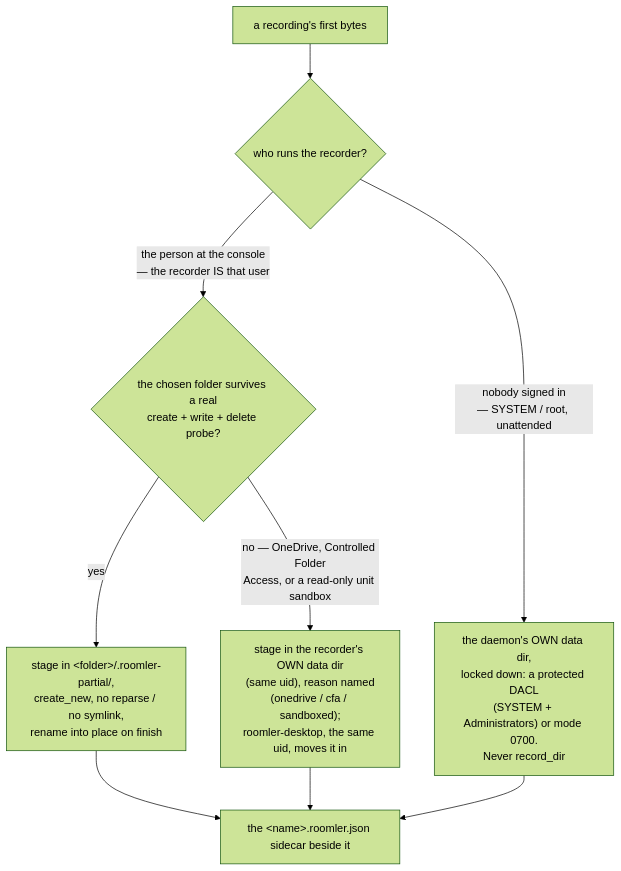
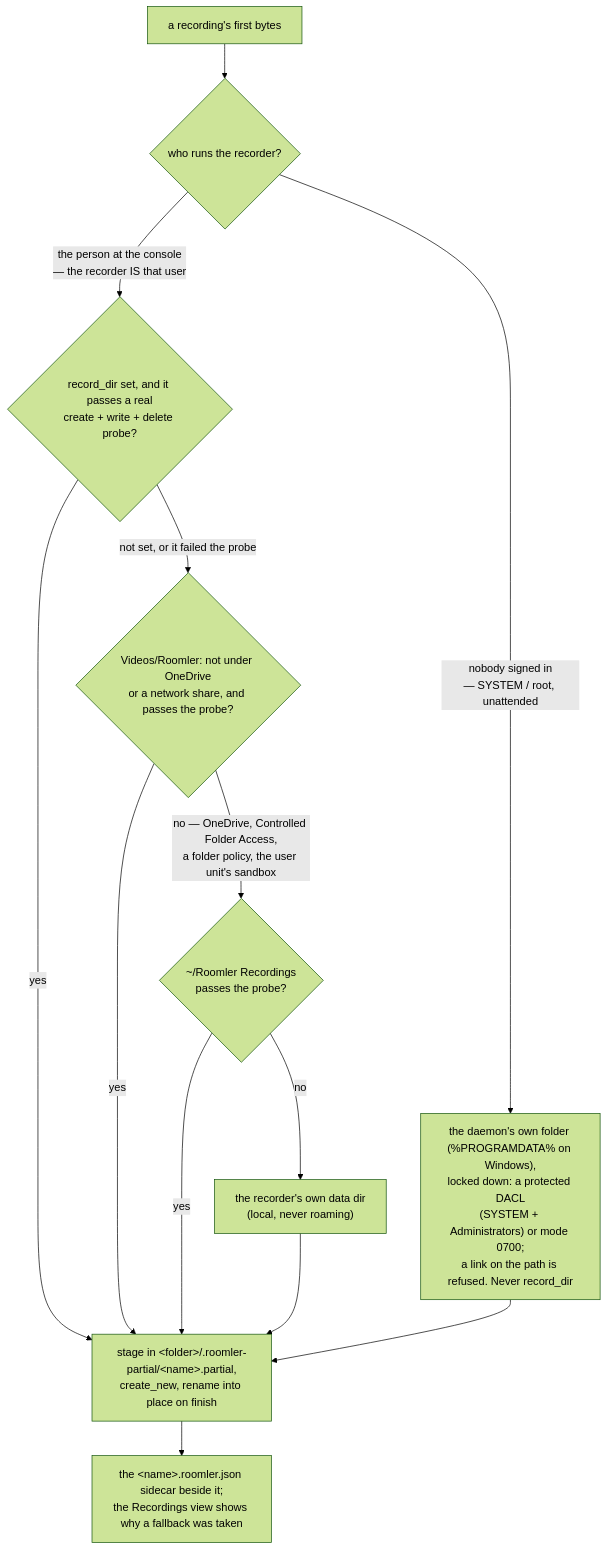
The fourth of 15 diagrams in docs/recording.md (gjovanov/roomler-ai), drawn with Mermaid (forest theme) before and after one commit. The commit also changed other lines of this file and 2 other files, not shown here.

First paragraph of the commit message:
docs(fr-27, fr-85): correct three 2026-10-08 field records
A re-review of the 2026-10-08 write-ups (#1850, #1851, #1868) against their
evidence and the code. Every ticked criterion stands; three records said
more than their evidence did.

````diff
--- a/docs/recording.md
+++ b/docs/recording.md
@@ -221,11 +221,15 @@
 ```mermaid
 flowchart TD
     BYTES["a recording's first bytes"] --> WHO{"who runs the recorder?"}
-    WHO -->|"the person at the console<br/>— the recorder IS that user"| PROBE{"the chosen folder survives a real<br/>create + write + delete probe?"}
-    WHO -->|"nobody signed in<br/>— SYSTEM / root, unattended"| SVC["the daemon's OWN data dir,<br/>locked down: a protected DACL<br/>(SYSTEM + Administrators) or mode 0700.<br/>Never record_dir"]
-    PROBE -->|"yes"| INFOLDER["stage in &lt;folder&gt;/.roomler-partial/,<br/>create_new, no reparse / no symlink,<br/>rename into place on finish"]
-    PROBE -->|"no — OneDrive, Controlled Folder<br/>Access, or a read-only unit sandbox"| SPOOL["stage in the recorder's OWN data dir<br/>(same uid), reason named<br/>(onedrive / cfa / sandboxed);<br/>roomler-desktop, the same uid, moves it in"]
-    INFOLDER --> SIDE["the &lt;name&gt;.roomler.json sidecar beside it"]
-    SPOOL --> SIDE
-    SVC --> SIDE
+    WHO -->|"nobody signed in<br/>— SYSTEM / root, unattended"| SVC["the daemon's own folder (%PROGRAMDATA% on Windows),<br/>locked down: a protected DACL<br/>(SYSTEM + Administrators) or mode 0700;<br/>a link on the path is refused. Never record_dir"]
+    WHO -->|"the person at the console<br/>— the recorder IS that user"| CFG{"record_dir set, and it passes a real<br/>create + write + delete probe?"}
+    CFG -->|"yes"| STAGE["stage in &lt;folder&gt;/.roomler-partial/&lt;name&gt;.partial,<br/>create_new, rename into place on finish"]
+    CFG -->|"not set, or it failed the probe"| DEF{"Videos/Roomler: not under OneDrive<br/>or a network share, and passes the probe?"}
+    DEF -->|"yes"| STAGE
+    DEF -->|"no — OneDrive, Controlled Folder Access,<br/>a folder policy, the user unit's sandbox"| ALT{"~/Roomler Recordings<br/>passes the probe?"}
+    ALT -->|"yes"| STAGE
+    ALT -->|"no"| DATA["the recorder's own data dir<br/>(local, never roaming)"]
+    DATA --> STAGE
+    STAGE --> SIDE["the &lt;name&gt;.roomler.json sidecar beside it;<br/>the Recordings view shows why a fallback was taken"]
+    SVC --> STAGE
 ```
````
